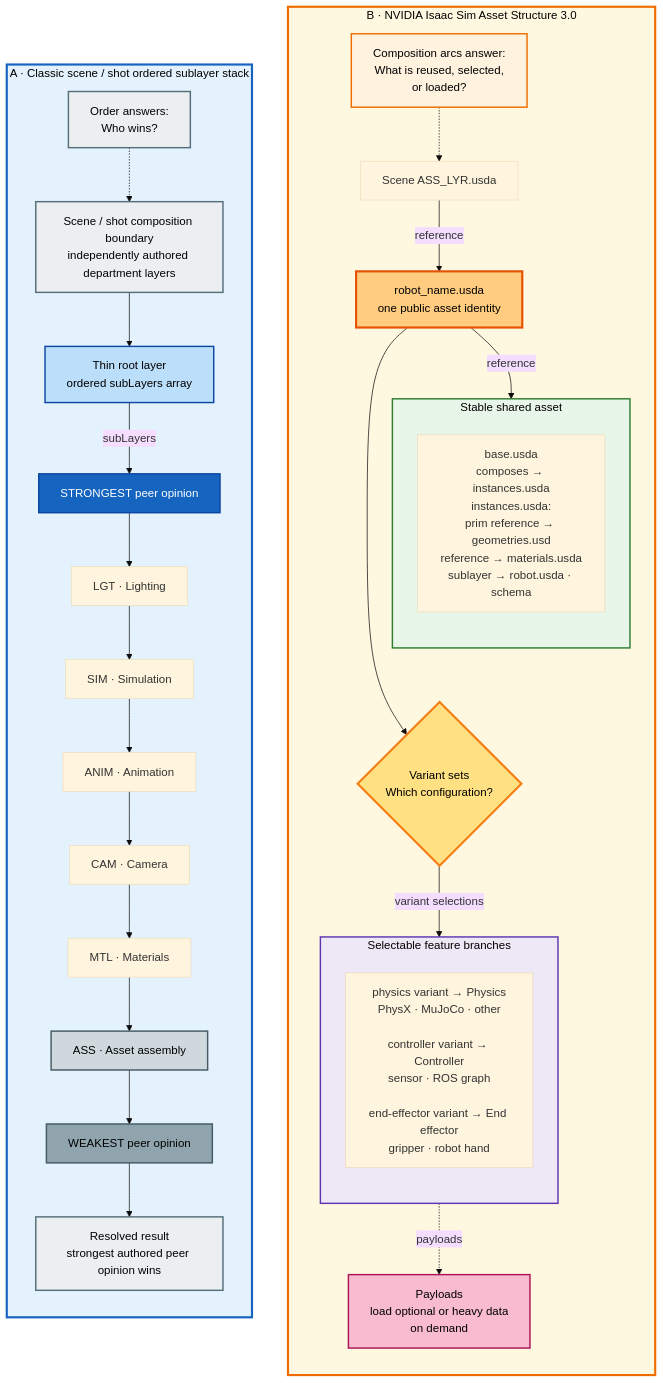
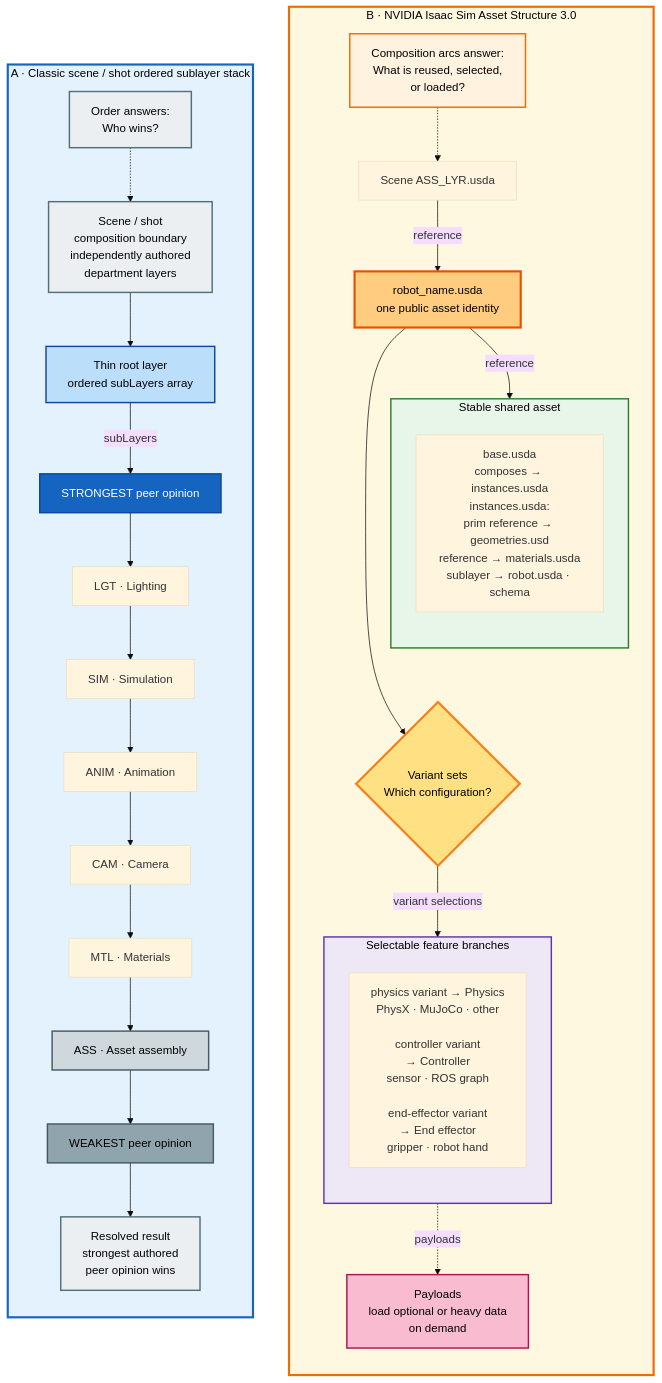
The second of 21 diagrams in WIP_Docs/LAYER_ORDER_REFERENCES_RESEARCH.md (jph2/USD_GoodStart), drawn with Mermaid (base theme) before and after one commit. The commit also changed other lines of this file, not shown here.

Commit message:
Fix Mermaid label clipping in research diagrams

````diff
--- a/WIP_Docs/LAYER_ORDER_REFERENCES_RESEARCH.md
+++ b/WIP_Docs/LAYER_ORDER_REFERENCES_RESEARCH.md
@@ -214,70 +223,70 @@
 ```mermaid
 flowchart LR
     subgraph Classic["A · Classic scene / shot ordered sublayer stack"]
         direction TB
         ClassicQuestion["Order answers:<br/>Who wins?"]
-        ClassicScope["Scene / shot composition boundary<br/>independently authored department layers"]
+        ClassicScope["Scene / shot<br/>composition boundary<br/>independently authored<br/>department layers"]
         ClassicRoot["Thin root layer<br/>ordered subLayers array"]
         Strong["STRONGEST peer opinion"]
         LGT["LGT · Lighting"]
         SIM["SIM · Simulation"]
         ANIM["ANIM · Animation"]
         CAM["CAM · Camera"]
         MTL["MTL · Materials"]
         ASS["ASS · Asset assembly"]
         Weak["WEAKEST peer opinion"]
-        ClassicResult["Resolved result<br/>strongest authored peer opinion wins"]
+        ClassicResult["Resolved result<br/>strongest authored<br/>peer opinion wins"]
 
         ClassicQuestion -.-> ClassicScope
         ClassicScope --> ClassicRoot
         ClassicRoot -->|"subLayers"| Strong
         Strong --> LGT --> SIM --> ANIM --> CAM --> MTL --> ASS --> Weak --> ClassicResult
     end
 
     subgraph Isaac["B · NVIDIA Isaac Sim Asset Structure 3.0"]
         direction TB
         IsaacQuestion["Composition arcs answer:<br/>What is reused, selected,<br/>or loaded?"]
         SceneASS["Scene ASS_LYR.usda"]
         Public["robot_name.usda<br/>one public asset identity"]
 
         subgraph Shared["Stable shared asset"]
             direction TB
             SharedStructure["base.usda<br/>composes → instances.usda<br/>instances.usda:<br/>prim reference → geometries.usd<br/>reference → materials.usda<br/>sublayer → robot.usda · schema"]
         end
 
         Variants{"Variant sets<br/>Which configuration?"}
 
         subgraph Choices["Selectable feature branches"]
             direction TB
-            FeatureBranches["physics variant → Physics<br/>PhysX · MuJoCo · other<br/><br/>controller variant → Controller<br/>sensor · ROS graph<br/><br/>end-effector variant → End effector<br/>gripper · robot hand"]
+            FeatureBranches["physics variant → Physics<br/>PhysX · MuJoCo · other<br/><br/>controller variant<br/>→ Controller<br/>sensor · ROS graph<br/><br/>end-effector variant<br/>→ End effector<br/>gripper · robot hand"]
         end
 
         Payloads["Payloads<br/>load optional or heavy data<br/>on demand"]
 
         IsaacQuestion -.-> SceneASS
         SceneASS -->|"reference"| Public
         Public -->|"reference"| SharedStructure
         SharedStructure ~~~ Variants
         Public --> Variants
         Variants -->|"variant selections"| FeatureBranches
         FeatureBranches -.->|"payloads"| Payloads
     end
 
     Classic ~~~ Isaac
 
     style Classic fill:#e3f2fd,stroke:#1565c0,stroke-width:3px,color:#000
     style Isaac fill:#fff8e1,stroke:#ef6c00,stroke-width:3px,color:#000
     style Shared fill:#e8f5e9,stroke:#2e7d32,stroke-width:2px,color:#000
     style Choices fill:#ede7f6,stroke:#5e35b1,stroke-width:2px,color:#000
     style ClassicRoot fill:#bbdefb,stroke:#0d47a1,stroke-width:2px,color:#000
     style Strong fill:#1565c0,stroke:#0d47a1,stroke-width:2px,color:#fff
     style Weak fill:#90a4ae,stroke:#455a64,stroke-width:2px,color:#000
     style ASS fill:#cfd8dc,stroke:#455a64,stroke-width:2px,color:#000
     style ClassicQuestion fill:#eceff1,stroke:#546e7a,stroke-width:2px,color:#000
     style ClassicScope fill:#eceff1,stroke:#546e7a,stroke-width:2px,color:#000
     style ClassicResult fill:#eceff1,stroke:#546e7a,stroke-width:2px,color:#000
     style Public fill:#ffcc80,stroke:#e65100,stroke-width:3px,color:#000
     style Variants fill:#ffe082,stroke:#f57f17,stroke-width:3px,color:#000
     style Payloads fill:#f8bbd0,stroke:#ad1457,stroke-width:2px,color:#000
     style IsaacQuestion fill:#fff3e0,stroke:#ef6c00,stroke-width:2px,color:#000
 ```
````
